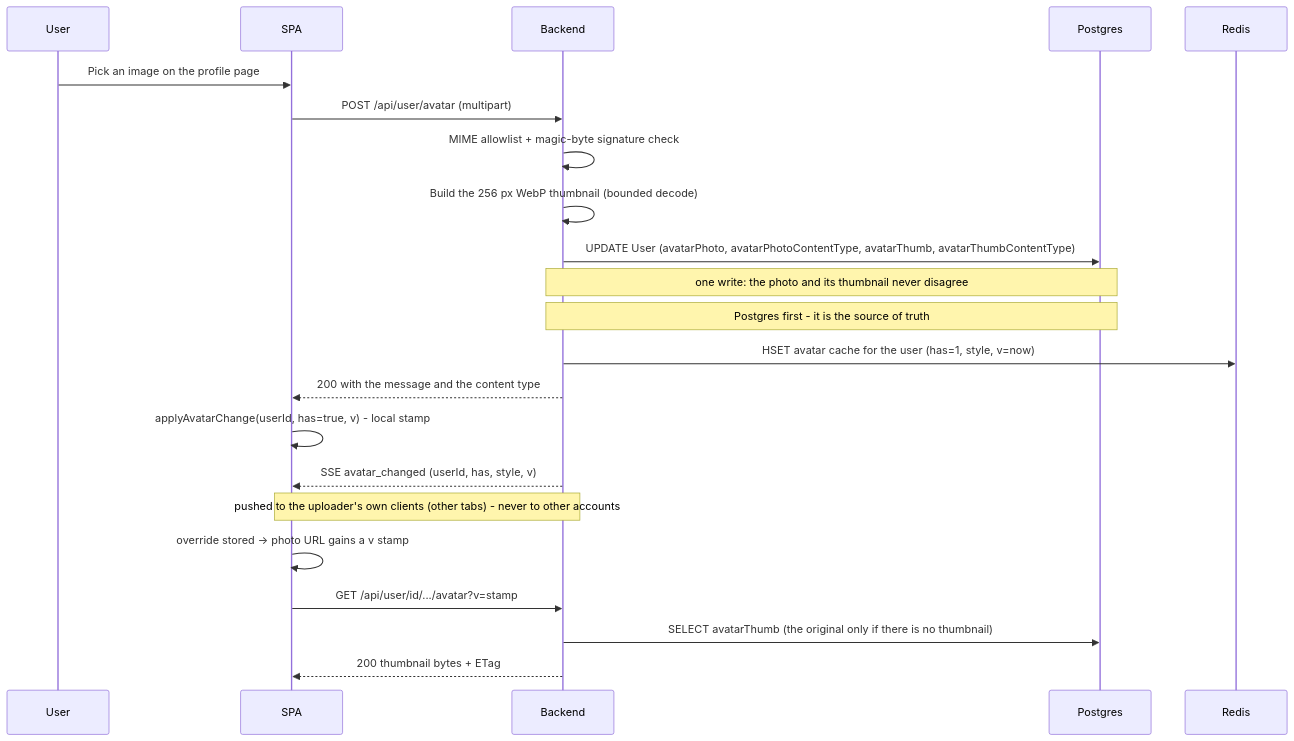
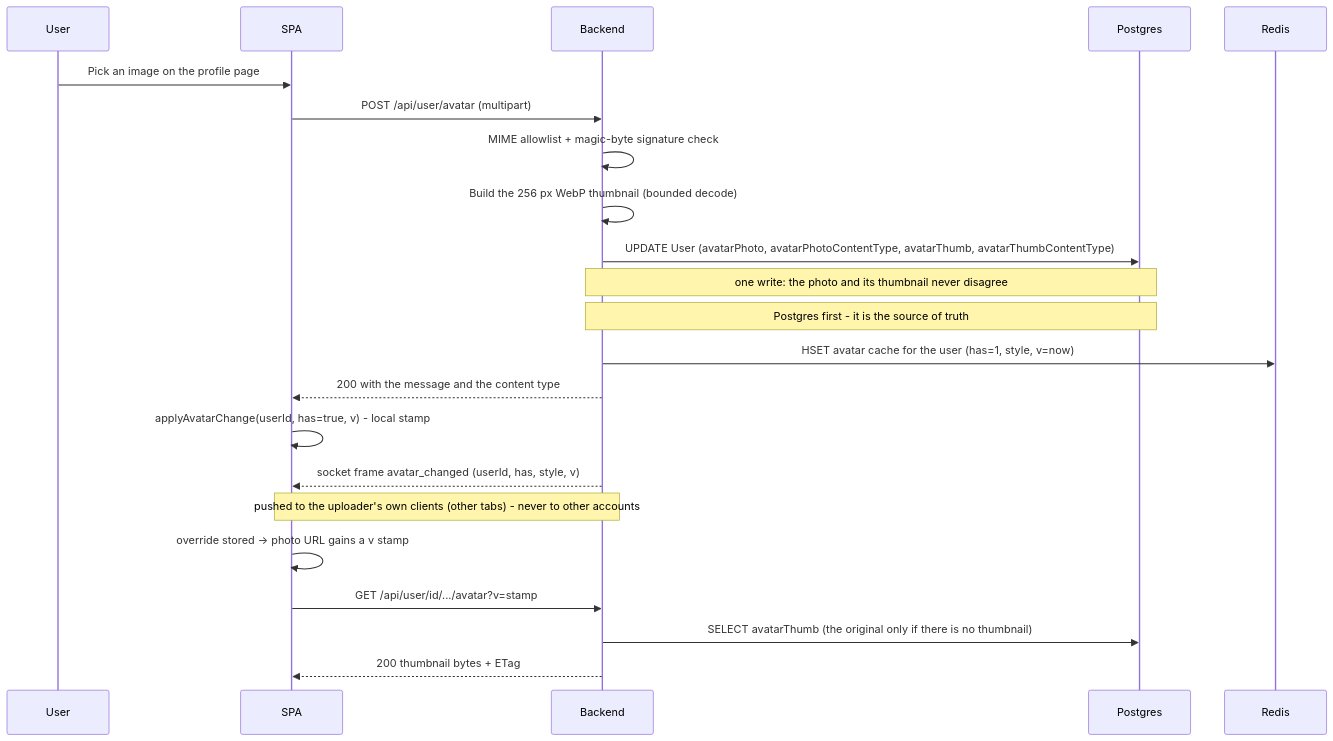
One commit to IrmaJoKerr/ft_transcendence-ludo changed the first of 5 diagrams in docs/avatar-system.md. Above: the diagram before and after it, drawn with Mermaid. The commit also changed other lines of this file and 32 other files, not shown here.

First line of the commit message:
feat(notifications): the bell lives in Redis and its frames ride the session socket; SSE deleted. Docs: updated to match.

````diff
--- a/docs/avatar-system.md
+++ b/docs/avatar-system.md
@@ -191,25 +192,25 @@
 ```mermaid
 sequenceDiagram
     participant U as User
     participant SPA as SPA
     participant API as Backend
     participant DB as Postgres
     participant R as Redis
 
     U->>SPA: Pick an image on the profile page
     SPA->>API: POST /api/user/avatar (multipart)
     API->>API: MIME allowlist + magic-byte signature check
     API->>API: Build the 256 px WebP thumbnail (bounded decode)
     API->>DB: UPDATE User (avatarPhoto, avatarPhotoContentType, avatarThumb, avatarThumbContentType)
     Note over API,DB: one write: the photo and its thumbnail never disagree
     Note over API,DB: Postgres first - it is the source of truth
     API->>R: HSET avatar cache for the user (has=1, style, v=now)
     API-->>SPA: 200 with the message and the content type
     SPA->>SPA: applyAvatarChange(userId, has=true, v) - local stamp
-    API-->>SPA: SSE avatar_changed (userId, has, style, v)
+    API-->>SPA: socket frame avatar_changed (userId, has, style, v)
     Note over API,SPA: pushed to the uploader's own clients (other tabs) - never to other accounts
     SPA->>SPA: override stored -> photo URL gains a v stamp
     SPA->>API: GET /api/user/id/.../avatar?v=stamp
     API->>DB: SELECT avatarThumb (the original only if there is no thumbnail)
     API-->>SPA: 200 thumbnail bytes + ETag
 ```
````
